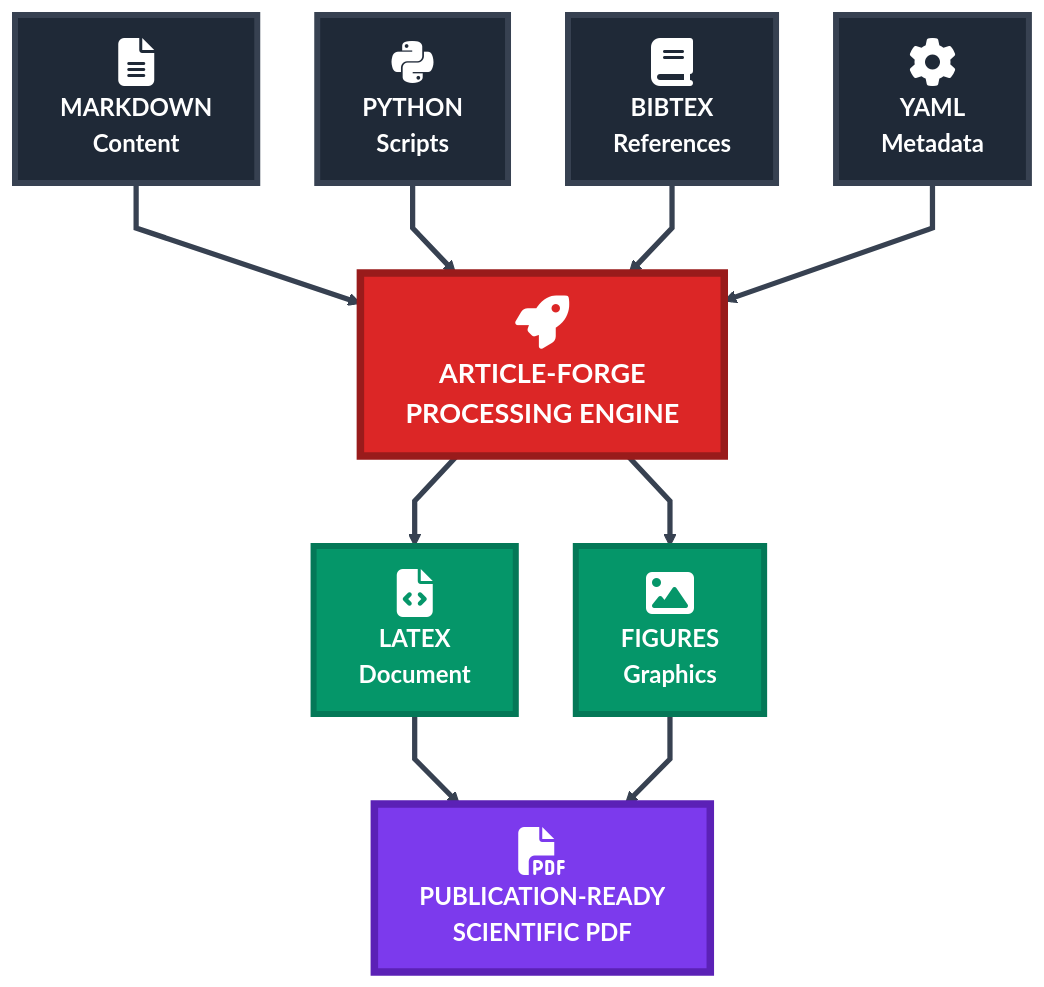
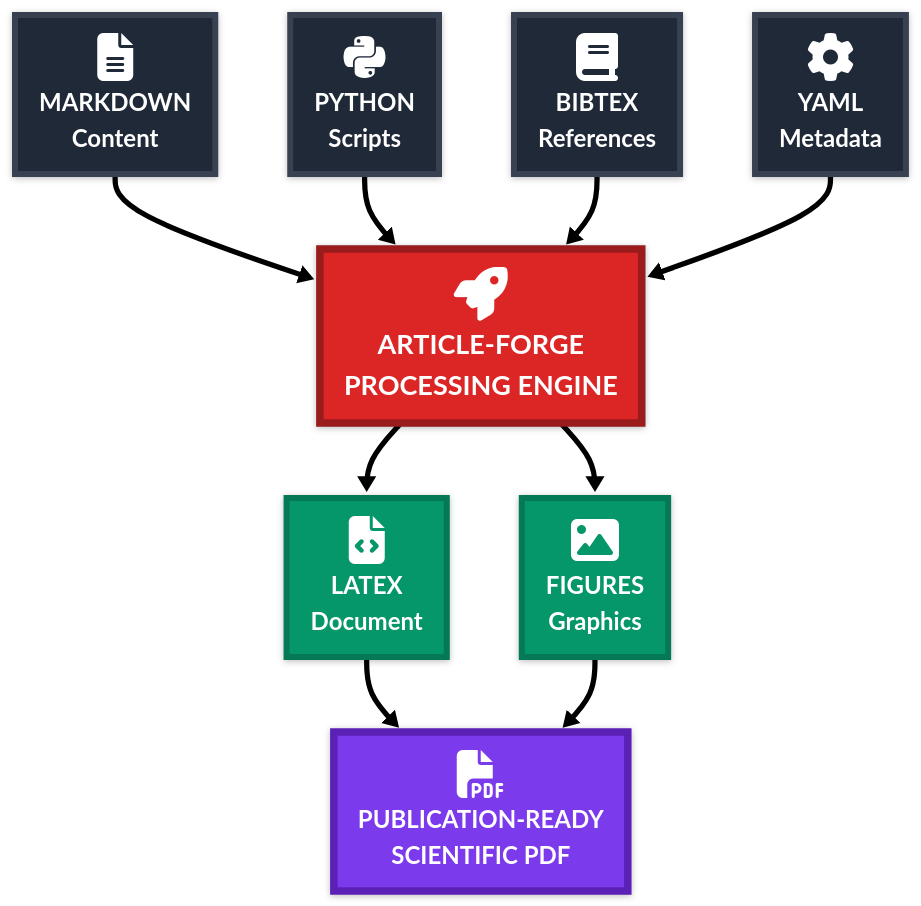
The diagram in ARTICLE/FIGURES/Figure_1.mmd (paxcalpt/rxiv-maker), drawn with Mermaid before and after one commit.

Commit message:
Refactor flowchart configuration for improved theme consistency

```diff
--- a/ARTICLE/FIGURES/Figure_1.mmd
+++ b/ARTICLE/FIGURES/Figure_1.mmd
@@ -1,50 +1,36 @@
-%%{init: {
-  "theme": "base",
-  "themeVariables": {
-    "background": "#ffffff",
-    "fontFamily": "Arial, sans-serif",
-    "primaryColor": "#1f2937",
-    "primaryTextColor": "#ffffff",
-    "secondaryColor": "#374151", 
-    "tertiaryColor": "#4b5563",
-    "quaternaryColor": "#6b7280",
-    "lineColor": "#374151"
-  },
-  "flowchart": {
-    "nodeSpacing": 40,
-    "rankSpacing": 60,
-    "curve": "linear"
-  }
-}}%%
-
+---
+config:
+  look: neo
+  theme: neo
+---
 flowchart TD
     A["<i class='fas fa-file-alt fa-2x'></i><br/><b>MARKDOWN</b><br/>Content"]
     B["<i class='fab fa-python fa-2x'></i><br/><b>PYTHON</b><br/>Scripts"]  
     C["<i class='fas fa-book fa-2x'></i><br/><b>BIBTEX</b><br/>References"]
     D["<i class='fas fa-cog fa-2x'></i><br/><b>YAML</b><br/>Metadata"]
     
     E["<i class='fas fa-rocket fa-2x'></i><br/><b>ARTICLE-FORGE</b><br/>PROCESSING ENGINE"]
     
     F["<i class='fas fa-file-code fa-2x'></i><br/><b>LATEX</b><br/>Document"]
     G["<i class='fas fa-image fa-2x'></i><br/><b>FIGURES</b><br/>Graphics"]
     
     H["<i class='fas fa-file-pdf fa-2x'></i><br/><b>PUBLICATION-READY</b><br/>SCIENTIFIC PDF"]
     
     A ==> E
     B ==> E
     C ==> E
     D ==> E
     E ==> F
     E ==> G
     F ==> H
     G ==> H
     
     classDef input fill:#1f2937,stroke:#374151,stroke-width:4px,color:#ffffff,font-weight:bold,font-size:16px
     classDef engine fill:#dc2626,stroke:#991b1b,stroke-width:5px,color:#ffffff,font-weight:bold,font-size:18px
     classDef output fill:#059669,stroke:#047857,stroke-width:4px,color:#ffffff,font-weight:bold,font-size:16px
     classDef final fill:#7c3aed,stroke:#5b21b6,stroke-width:5px,color:#ffffff,font-weight:bold,font-size:16px
     
     class A,B,C,D input
     class E engine
     class F,G output
     class H final
```
